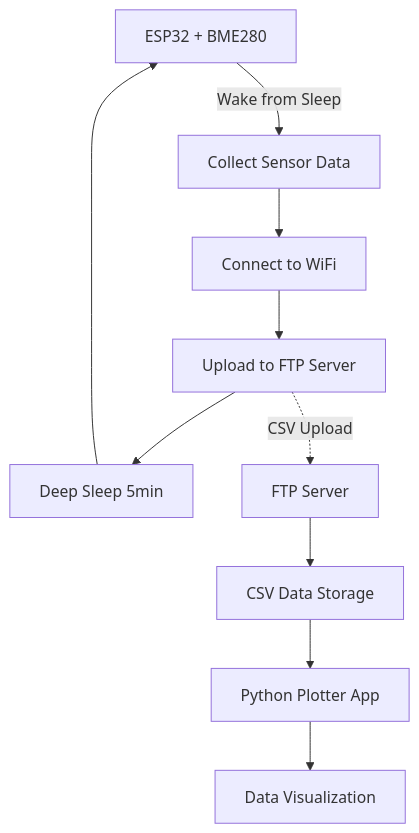
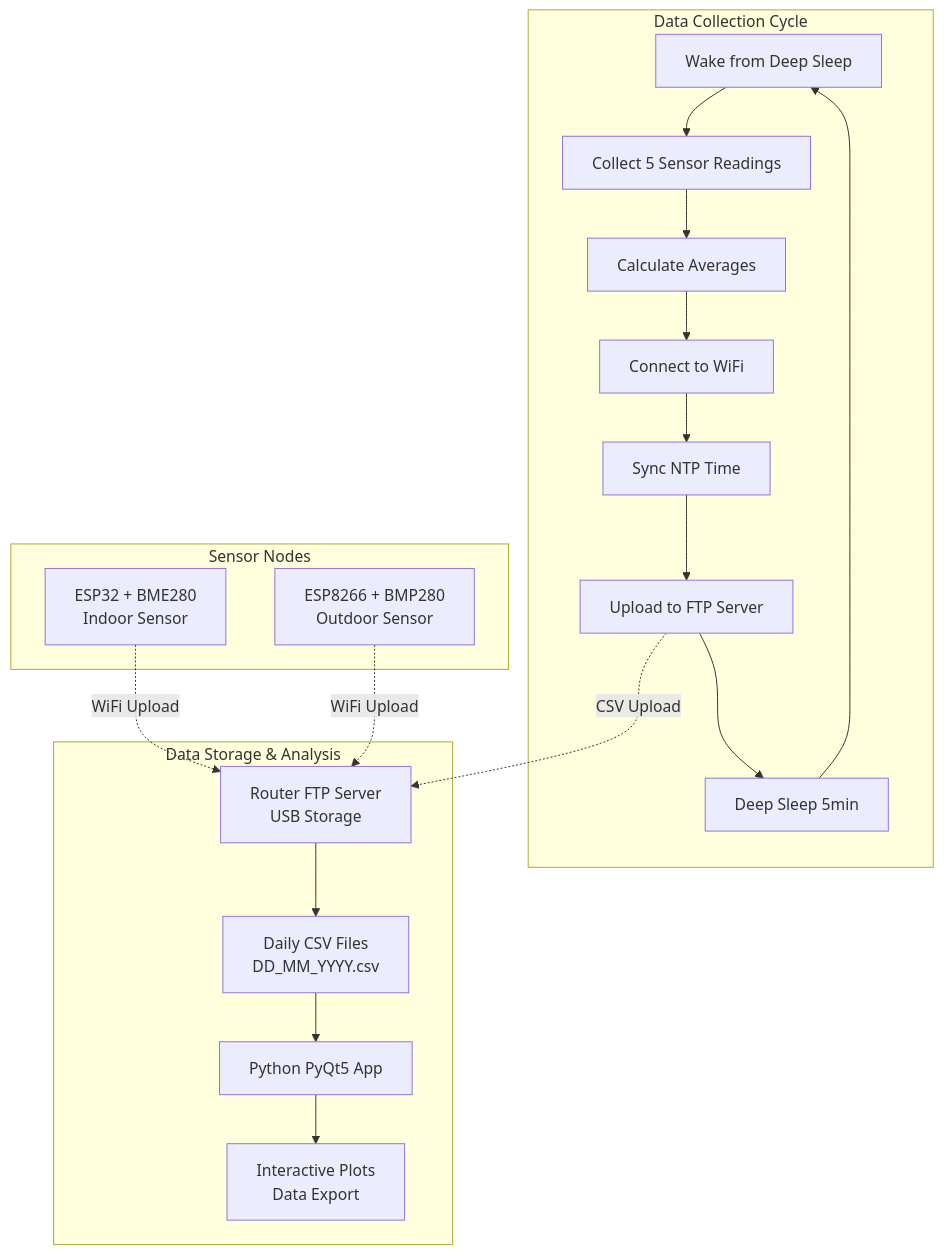
Before and after one commit to ExploiTR/RoutineTimer: the diagram in README.md, drawn with Mermaid. The commit also changed other lines of this file and 4 other files, not shown here.

````diff
--- a/README.md
+++ b/README.md
@@ -17,14 +18,27 @@
 ```mermaid
 graph TD
-    A[ESP32 + BME280] -->|Wake from Sleep| B[Collect Sensor Data]
-    B --> C[Connect to WiFi]
-    C --> D[Upload to FTP Server]
-    D --> E[Deep Sleep 5min]
-    E --> A
+    subgraph "Sensor Nodes"
+        A[ESP32 + BME280<br/>Indoor Sensor] 
+        B[ESP8266 + BMP280<br/>Outdoor Sensor]
+    end
     
-    F[FTP Server] --> G[CSV Data Storage]
-    G --> H[Python Plotter App]
-    H --> I[Data Visualization]
+    subgraph "Data Collection Cycle"
+        C[Wake from Deep Sleep] --> D[Collect 5 Sensor Readings]
+        D --> E[Calculate Averages]
+        E --> F[Connect to WiFi]
+        F --> G[Sync NTP Time]
+        G --> H[Upload to FTP Server]
+        H --> I[Deep Sleep 5min]
+        I --> C
+    end
     
-    D -.->|CSV Upload| F
+    subgraph "Data Storage & Analysis"
+        J[Router FTP Server<br/>USB Storage] --> K[Daily CSV Files<br/>DD_MM_YYYY.csv]
+        K --> L[Python PyQt5 App]
+        L --> M[Interactive Plots<br/>Data Export]
+    end
+    
+    A -.->|WiFi Upload| J
+    B -.->|WiFi Upload| J
+    H -.->|CSV Upload| J
 ```
````
